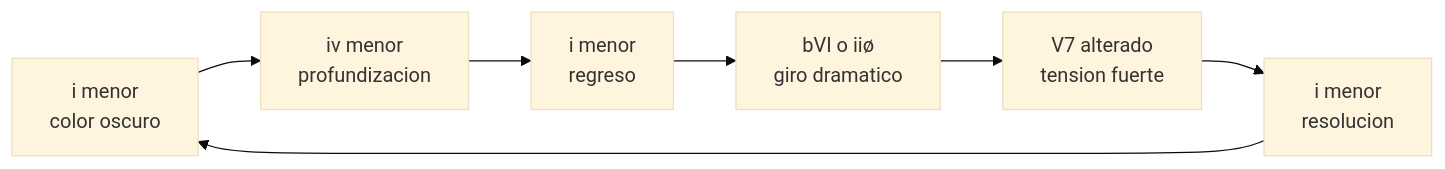
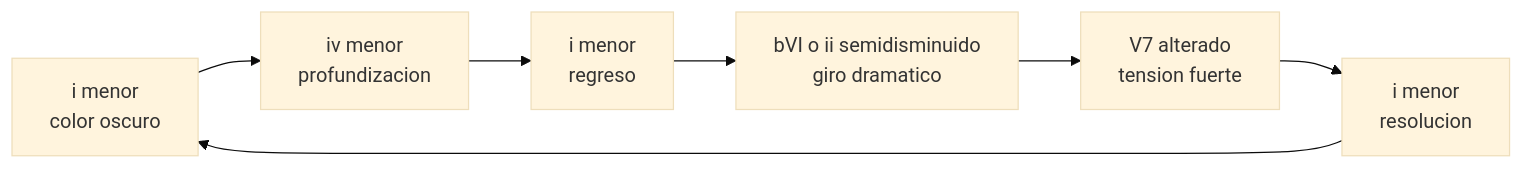
Before and after one commit to LegalIntermediaSL/JAZZ: the second of 13 diagrams in RECURSOS-VISUALES/FORMAS-STANDARDS-Y-PROGRESIONES.md, drawn with Mermaid (base theme).

````diff
--- a/RECURSOS-VISUALES/FORMAS-STANDARDS-Y-PROGRESIONES.md
+++ b/RECURSOS-VISUALES/FORMAS-STANDARDS-Y-PROGRESIONES.md
@@ -28,9 +28,9 @@
 ```mermaid
 flowchart LR
     A["i menor<br/>color oscuro"] --> B["iv menor<br/>profundizacion"]
     B --> C["i menor<br/>regreso"]
-    C --> D["bVI o iiø<br/>giro dramatico"]
+    C --> D["bVI o ii semidisminuido<br/>giro dramatico"]
     D --> E["V7 alterado<br/>tension fuerte"]
     E --> F["i menor<br/>resolucion"]
     F --> A
 ```
````
